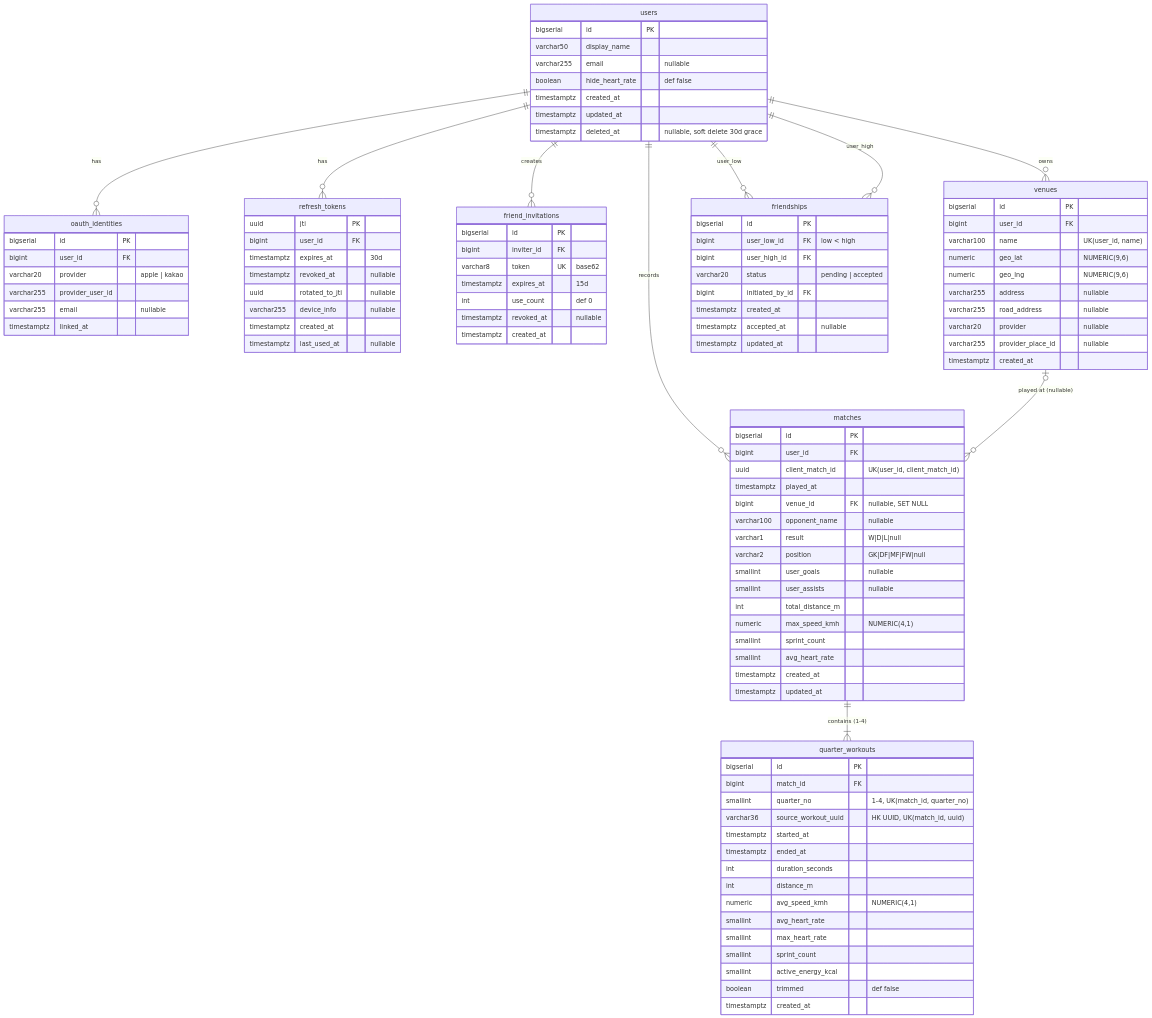
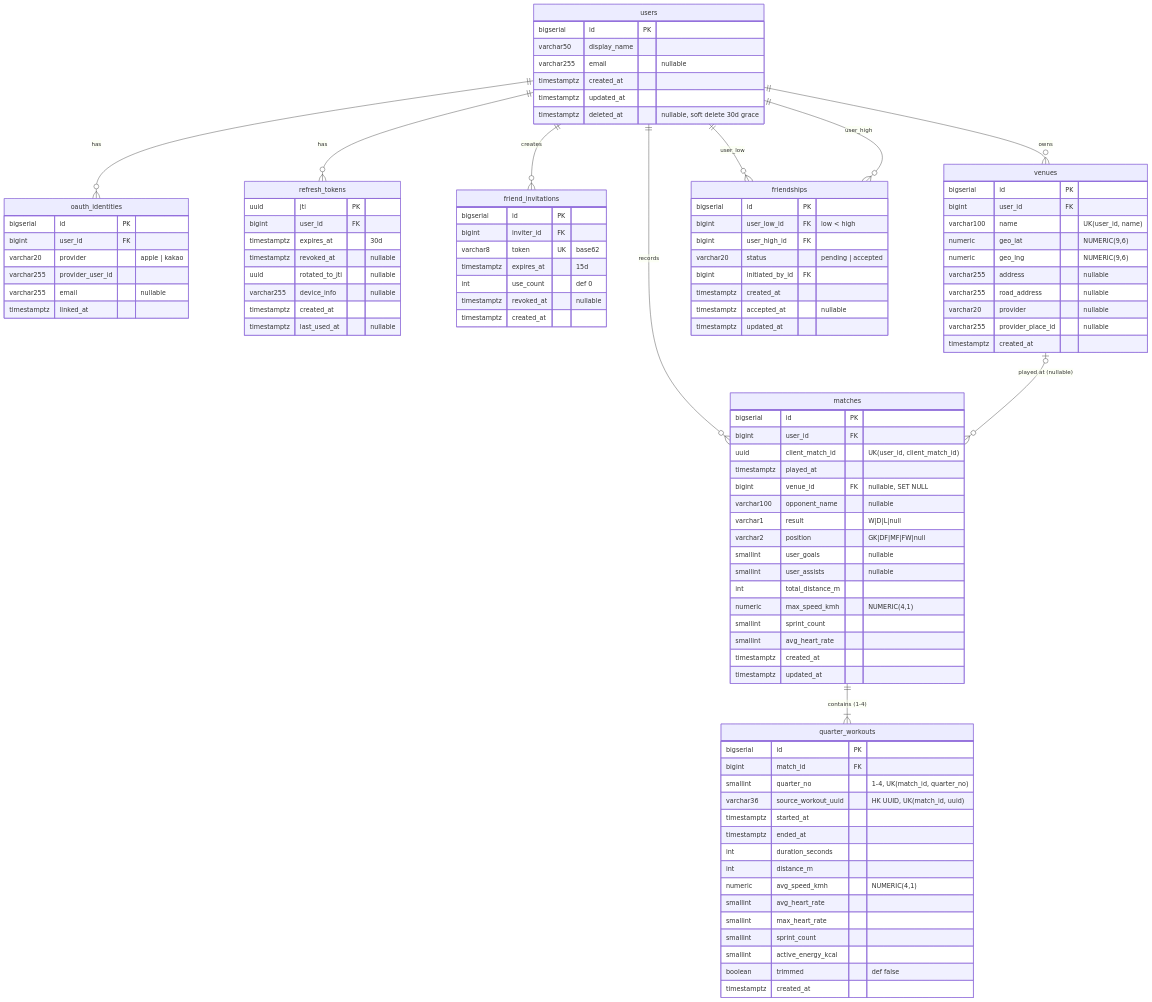
One commit to opixxx/kicklog changed the first of 5 diagrams in docs/spec/diagram.md. Above: the diagram before and after it, drawn with Mermaid. The commit also changed 34 other files, not shown here.

First line of the commit message:
refactor(p0-cleanup): hideHeartRate 폐기 + UI 노이즈 제거

```diff
--- a/docs/spec/diagram.md
+++ b/docs/spec/diagram.md
@@ -28,7 +28,6 @@
         bigserial   id PK
         varchar50   display_name
         varchar255  email "nullable"
-        boolean     hide_heart_rate "def false"
         timestamptz created_at
         timestamptz updated_at
         timestamptz deleted_at "nullable, soft delete 30d grace"
```
